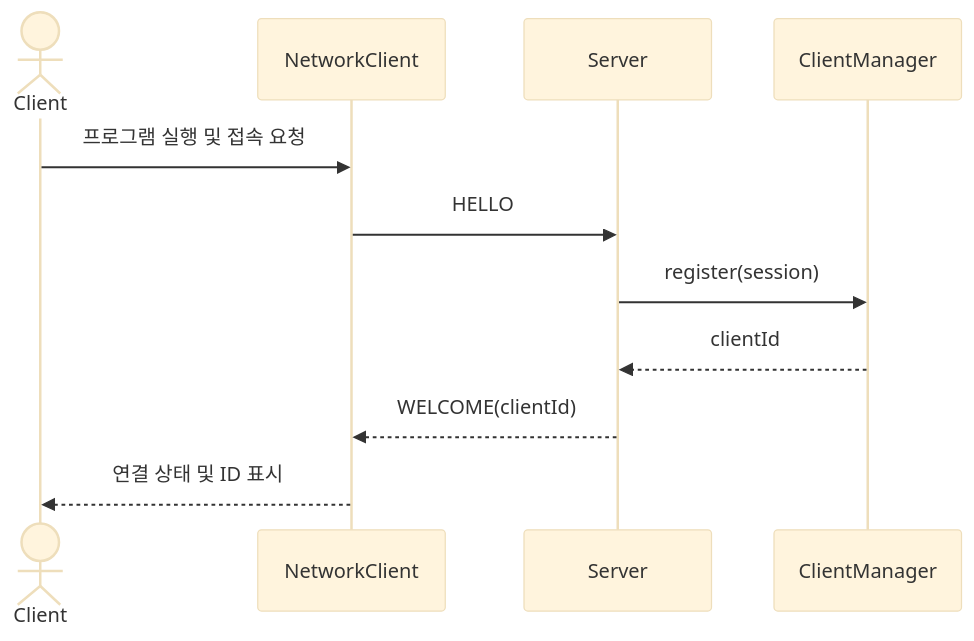
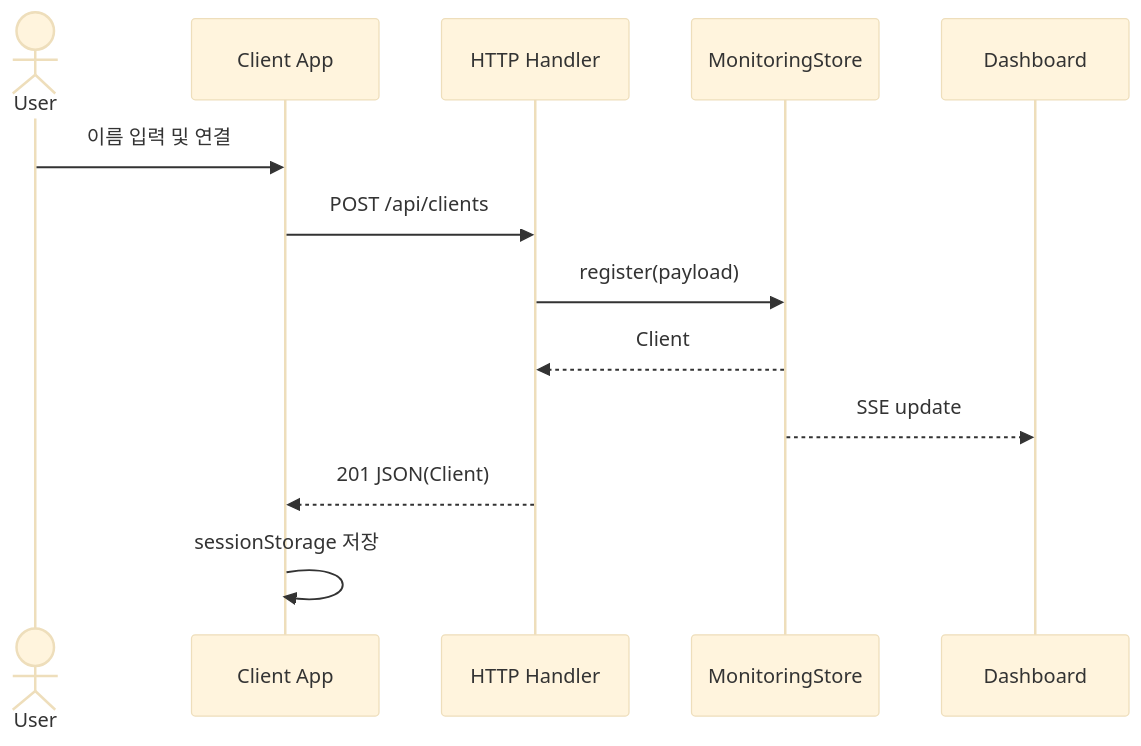
One commit to xweoze/real-time-monitoring-system changed the third of 11 diagrams in Design_22212023_김지훈.md. Above: the diagram before and after it, drawn with Mermaid (base theme). The commit also changed other lines of this file and 3 other files, not shown here.

````diff
--- a/Design_22212023_김지훈.md
+++ b/Design_22212023_김지훈.md
@@ -411,14 +223,16 @@
 ```mermaid
 sequenceDiagram
-    actor Client
-    participant NetworkClient
-    participant Server
-    participant ClientManager
+    actor User
+    participant App as Client App
+    participant API as HTTP Handler
+    participant Store as MonitoringStore
+    participant Monitor as Dashboard
 
-    Client->>NetworkClient: 프로그램 실행 및 접속 요청
-    NetworkClient->>Server: HELLO
-    Server->>ClientManager: register(session)
-    ClientManager-->>Server: clientId
-    Server-->>NetworkClient: WELCOME(clientId)
-    NetworkClient-->>Client: 연결 상태 및 ID 표시
+    User->>App: 이름 입력 및 연결
+    App->>API: POST /api/clients
+    API->>Store: register(payload)
+    Store-->>API: Client
+    Store-->>Monitor: SSE update
+    API-->>App: 201 JSON(Client)
+    App->>App: sessionStorage 저장
 ```
````
